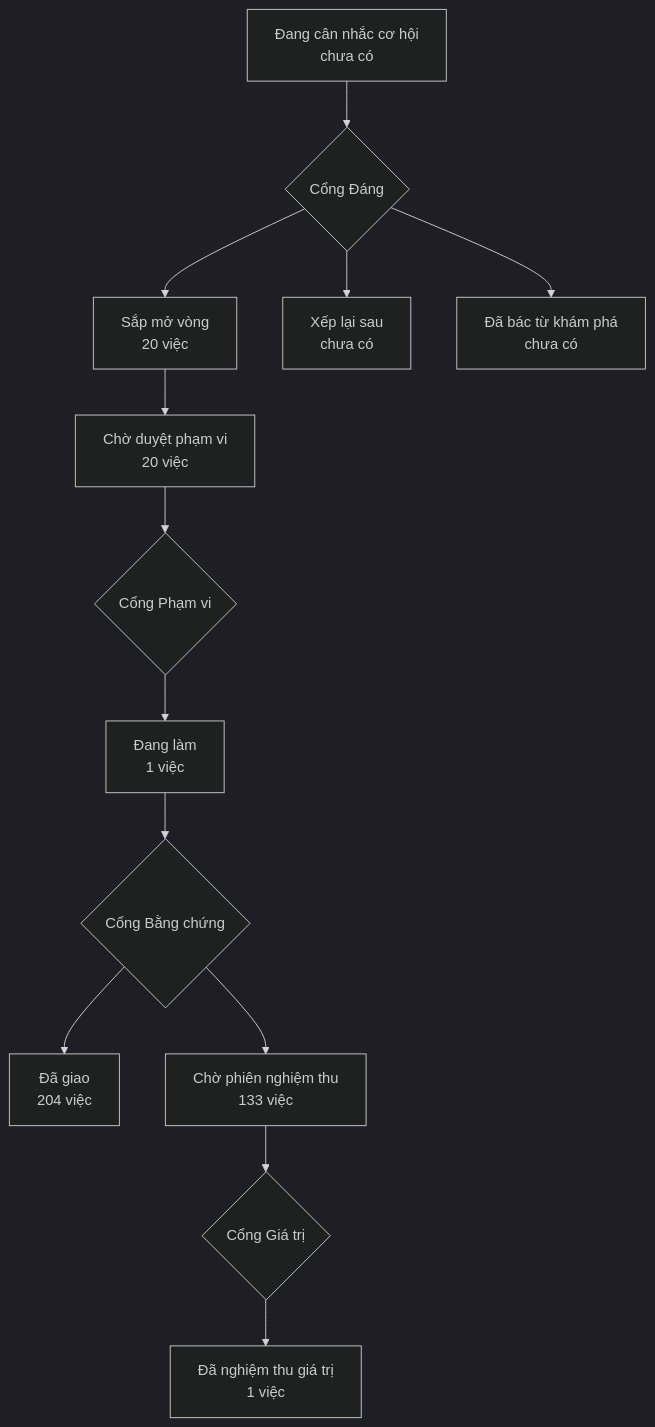
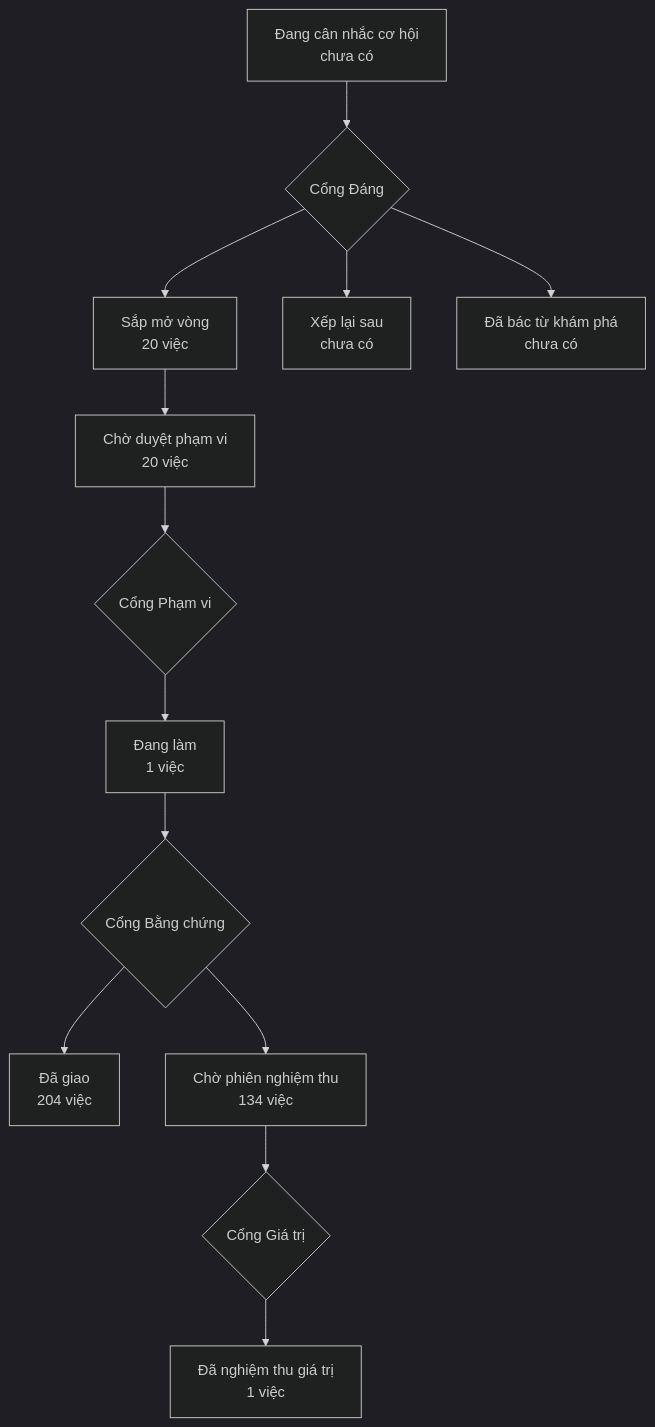
One commit to phanlemanh/onehub-invest changed the diagram in PRODUCT-MAP.md. Above: the diagram before and after it, drawn with Mermaid (dark theme). The commit also changed other lines of this file and 1 other file, not shown here.

Commit message:
docs: vẽ lại bản đồ sản phẩm sau khi gộp main

````diff
--- a/PRODUCT-MAP.md
+++ b/PRODUCT-MAP.md
@@ -7,12 +7,12 @@
 ```mermaid
 flowchart TD
   A["Đang cân nhắc cơ hội<br/>chưa có"] --> GD{"Cổng Đáng"}
   GD --> B["Sắp mở vòng<br/>20 việc"]
   GD --> XL["Xếp lại sau<br/>chưa có"]
   GD --> DB["Đã bác từ khám phá<br/>chưa có"]
   B --> CD["Chờ duyệt phạm vi<br/>20 việc"] --> GP{"Cổng Phạm vi"}
   GP --> DL["Đang làm<br/>1 việc"] --> GB{"Cổng Bằng chứng"}
   GB --> DG["Đã giao<br/>204 việc"]
-  GB --> CN["Chờ phiên nghiệm thu<br/>133 việc"] --> GG{"Cổng Giá trị"}
+  GB --> CN["Chờ phiên nghiệm thu<br/>134 việc"] --> GG{"Cổng Giá trị"}
   GG --> NT["Đã nghiệm thu giá trị<br/>1 việc"]
 ```
````
